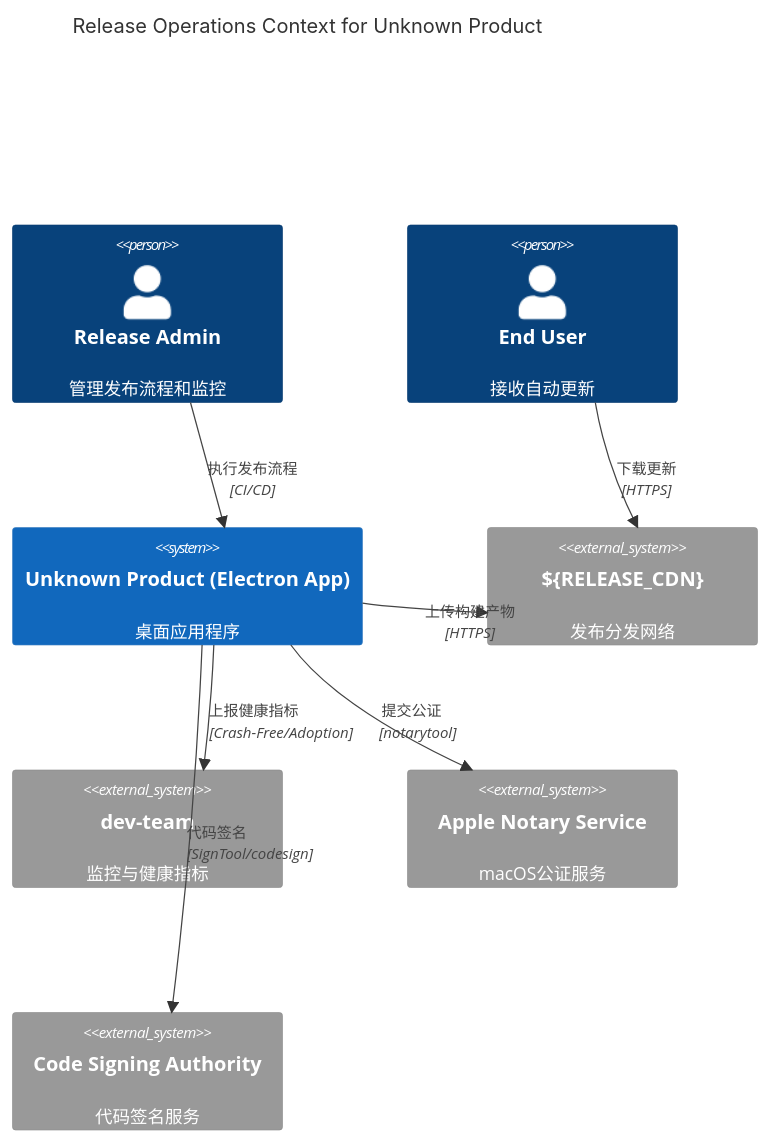
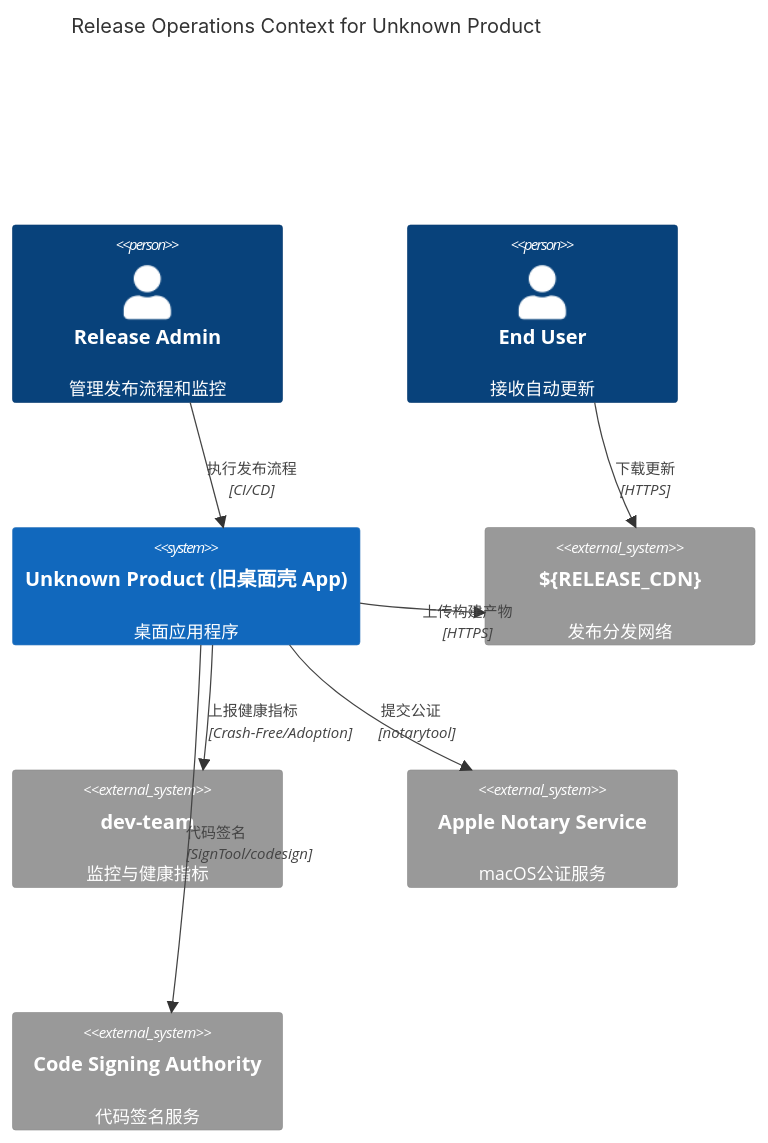
One commit to skyoxu/rouge changed the first of 2 diagrams in docs/architecture/base/10-i18n-ops-release-v2.md. Above: the diagram before and after it, drawn with Mermaid. The commit also changed other lines of this file and 96 other files, not shown here.

Commit message:
docs(architecture): converge base/ADR docs and add PRD-rouge-manager overlays

````diff
--- a/docs/architecture/base/10-i18n-ops-release-v2.md
+++ b/docs/architecture/base/10-i18n-ops-release-v2.md
@@ -14,18 +14,18 @@
 ```mermaid
 C4Context
     title Release Operations Context for Unknown Product
     Person(admin, "Release Admin", "管理发布流程和监控")
     Person(user, "End User", "接收自动更新")
-    System(app, "Unknown Product (Electron App)", "桌面应用程序")
+    System(app, "Unknown Product (旧桌面壳 App)", "桌面应用程序")
     System_Ext(cdn, "${RELEASE_CDN}", "发布分发网络")
     System_Ext(sentry, "dev-team", "监控与健康指标")
     System_Ext(notary, "Apple Notary Service", "macOS公证服务")
     System_Ext(signing, "Code Signing Authority", "代码签名服务")
 
     Rel(admin, app, "执行发布流程", "CI/CD")
     Rel(app, cdn, "上传构建产物", "HTTPS")
     Rel(user, cdn, "下载更新", "HTTPS")
     Rel(app, sentry, "上报健康指标", "Crash-Free/Adoption")
     Rel(app, notary, "提交公证", "notarytool")
     Rel(app, signing, "代码签名", "SignTool/codesign")
 ```
````
